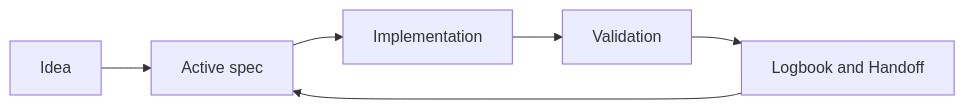
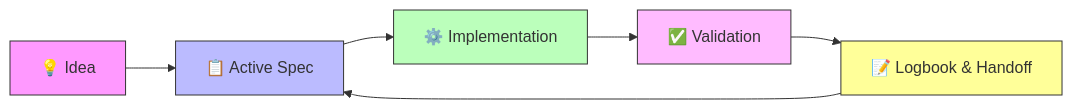
Before and after one commit to juanklagos/spec-driven-development-template: the diagram in docs/en/22-team-mode-and-collaboration.md, drawn with Mermaid. The commit also changed other lines of this file and 19 other files, not shown here.

````diff
--- a/docs/en/22-team-mode-and-collaboration.md
+++ b/docs/en/22-team-mode-and-collaboration.md
@@ -17,8 +45,14 @@
 ```mermaid
 flowchart LR
-  A["Idea"] --> B["Active spec"]
-  B --> C["Implementation"]
-  C --> D["Validation"]
-  D --> E["Logbook and Handoff"]
+  A["💡 Idea"] --> B["📋 Active Spec"]
+  B --> C["⚙️ Implementation"]
+  C --> D["✅ Validation"]
+  D --> E["📝 Logbook & Handoff"]
   E --> B
+  
+  style A fill:#f9f,stroke:#333
+  style B fill:#bbf,stroke:#333
+  style C fill:#bfb,stroke:#333
+  style D fill:#fbf,stroke:#333
+  style E fill:#ff9,stroke:#333
 ```
````
